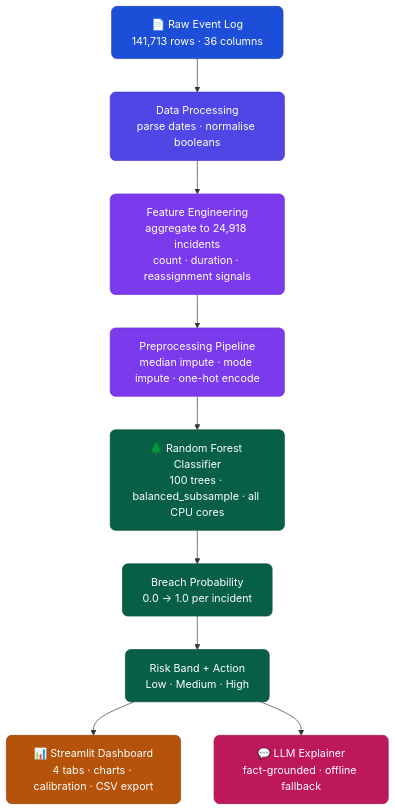
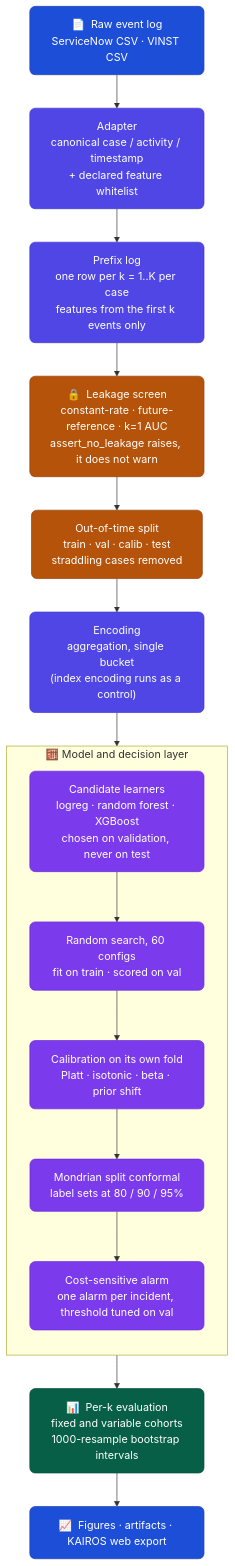
One commit to abinashprasana/riskradar-it-incident-sla-risk changed the diagram in README.md. Above: the diagram before and after it, drawn with Mermaid. The commit also changed other lines of this file, not shown here.

````diff
--- a/README.md
+++ b/README.md
@@ -78,23 +91,30 @@
 ```mermaid
 flowchart TD
-    classDef io      fill:#1d4ed8,color:#fff,stroke:#1e40af,rx:8
-    classDef proc    fill:#4f46e5,color:#fff,stroke:#4338ca,rx:8
-    classDef feat    fill:#7c3aed,color:#fff,stroke:#6d28d9,rx:8
-    classDef model   fill:#065f46,color:#fff,stroke:#064e3b,rx:8
-    classDef ui      fill:#b45309,color:#fff,stroke:#92400e,rx:8
-    classDef llm     fill:#be185d,color:#fff,stroke:#9d174d,rx:8
+    classDef io    fill:#1d4ed8,color:#fff,stroke:#1e40af,rx:8
+    classDef prep  fill:#4f46e5,color:#fff,stroke:#4338ca,rx:8
+    classDef guard fill:#b45309,color:#fff,stroke:#92400e,rx:8
+    classDef model fill:#7c3aed,color:#fff,stroke:#6d28d9,rx:8
+    classDef eval  fill:#065f46,color:#fff,stroke:#064e3b,rx:8
 
-    A["📄 Raw Event Log\n141,713 rows · 36 columns"]:::io
-    B["Data Processing\nparse dates · normalise booleans"]:::proc
-    C["Feature Engineering\naggregate to 24,918 incidents\ncount · duration · reassignment signals"]:::feat
-    D["Preprocessing Pipeline\nmedian impute · mode impute · one-hot encode"]:::feat
-    E["🌲 Random Forest Classifier\n100 trees · balanced_subsample · all CPU cores"]:::model
-    F["Breach Probability\n0.0 → 1.0 per incident"]:::model
-    G["Risk Band + Action\nLow · Medium · High"]:::model
-    H["📊 Streamlit Dashboard\n4 tabs · charts · calibration · CSV export"]:::ui
-    I["💬 LLM Explainer\nfact-grounded · offline fallback"]:::llm
+    A["📄  Raw event log<br/>ServiceNow CSV · VINST CSV"]:::io
+    B["Adapter<br/>canonical case / activity / timestamp<br/>+ declared feature whitelist"]:::prep
+    C["Prefix log<br/>one row per k = 1..K per case<br/>features from the first k events only"]:::prep
+    D["🔒  Leakage screen<br/>constant-rate · future-reference · k=1 AUC<br/>assert_no_leakage raises, it does not warn"]:::guard
+    E["Out-of-time split<br/>train · val · calib · test<br/>straddling cases removed"]:::guard
+    F["Encoding<br/>aggregation, single bucket<br/>(index encoding runs as a control)"]:::prep
 
     A --> B --> C --> D --> E --> F --> G
-    G --> H
-    G --> I
+
+    subgraph G["🧮  Model and decision layer"]
+        direction TB
+        M1["Candidate learners<br/>logreg · random forest · XGBoost<br/>chosen on validation, never on test"]:::model
+        M2["Random search, 60 configs<br/>fit on train · scored on val"]:::model
+        M3["Calibration on its own fold<br/>Platt · isotonic · beta · prior shift"]:::model
+        M4["Mondrian split conformal<br/>label sets at 80 / 90 / 95%"]:::model
+        M5["Cost-sensitive alarm<br/>one alarm per incident, threshold tuned on val"]:::model
+        M1 --> M2 --> M3 --> M4 --> M5
+    end
+
+    G --> H["📊  Per-k evaluation<br/>fixed and variable cohorts<br/>1000-resample bootstrap intervals"]:::eval
+    H --> I["📈  Figures · artifacts · KAIROS web export"]:::io
 ```
````
